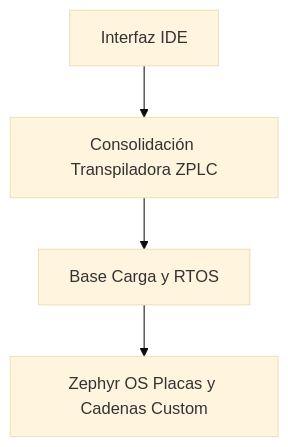
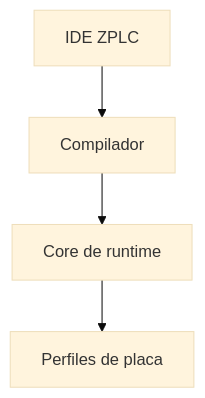
The diagram in docs/i18n/es/docusaurus-plugin-content-docs/current/platform-overview/index.md (eduardojvieira/ZPLC), drawn with Mermaid (base theme) before and after one commit. The commit also changed other lines of this file and 62 other files, not shown here.

````diff
--- a/docs/i18n/es/docusaurus-plugin-content-docs/current/platform-overview/index.md
+++ b/docs/i18n/es/docusaurus-plugin-content-docs/current/platform-overview/index.md
@@ -18,11 +16,11 @@
 ```mermaid
 flowchart TB
-  IDE[Interfaz IDE]
-  Compiler[Consolidación Transpiladora ZPLC]
-  Runtime[Base Carga y RTOS]
-  Boards[Zephyr OS Placas y Cadenas Custom]
+  IDE[IDE ZPLC]
+  Compiler[Compilador]
+  Runtime[Core de runtime]
+  Boards[Perfiles de placa]
 
   IDE --> Compiler
   Compiler --> Runtime
   Runtime --> Boards
 ```
````
